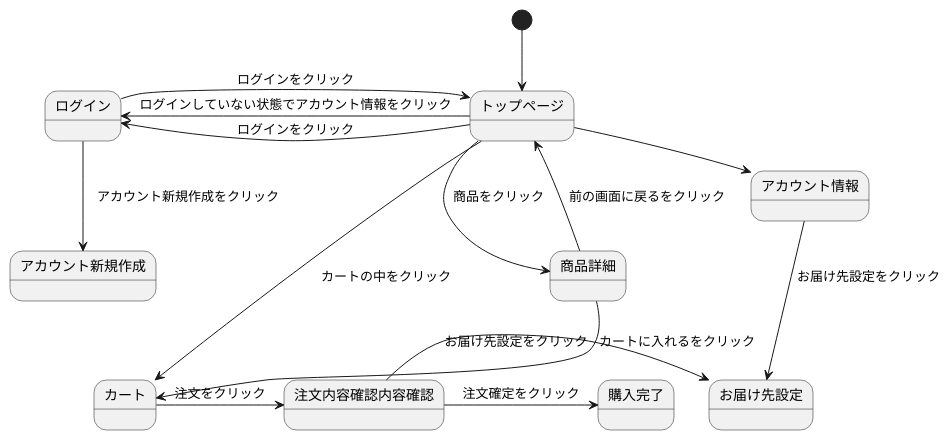
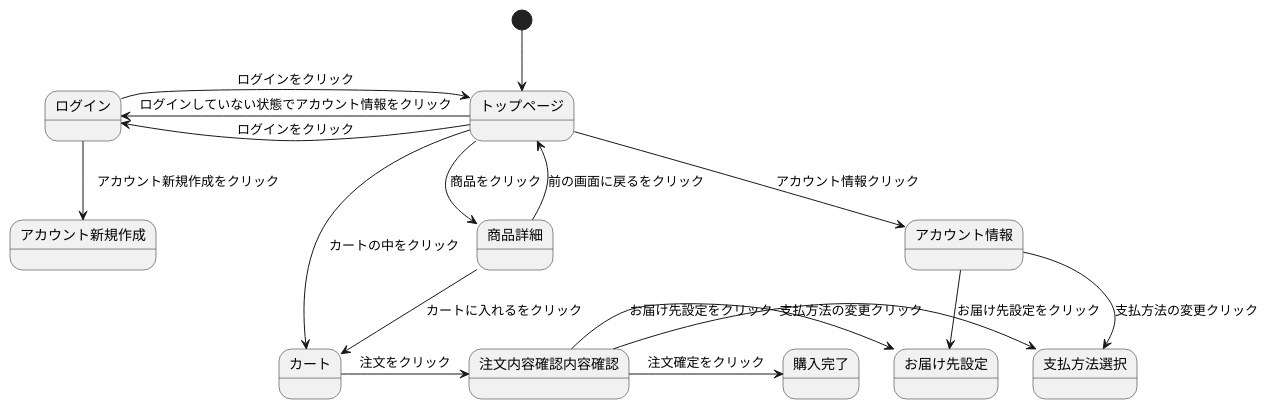
The diagram in sumple_01.md (Aso2001133/2021sys-design), drawn with PlantUML before and after one commit.

````diff
--- a/sumple_01.md
+++ b/sumple_01.md
@@ -1,31 +1,35 @@
 ```uml
 @startuml
 [*] --> トップページ 
 
 トップページ -> アカウント情報 : アカウント情報クリック 
 
 トップページ -left-> ログイン : ログインをクリック
 
 トップページ -left-> ログイン : ログインしていない状態でアカウント情報をクリック
 
 トップページ --> 商品詳細 : 商品をクリック 
 
-トップページ ---> カート : カートの中をクリック 
+トップページ --> カート : カートの中をクリック 
 
 ログイン -> トップページ : ログインをクリック
 
 ログイン --> アカウント新規作成 :　アカウント新規作成をクリック
 
 アカウント情報 --> お届け先設定 : お届け先設定をクリック 
+
+アカウント情報 --> 支払方法選択 : 支払方法の変更クリック
 
 商品詳細 --> カート : カートに入れるをクリック 
 
 商品詳細 --> トップページ : 前の画面に戻るをクリック 
 
 カート -> 注文内容確認内容確認 : 注文をクリック 
 
 注文内容確認内容確認 -> お届け先設定 : お届け先設定をクリック 
 
+注文内容確認内容確認 -> 支払方法選択 : 支払方法の変更クリック
+
 注文内容確認内容確認 -> 購入完了 : 注文確定をクリック 
 @enduml
 ```
````
